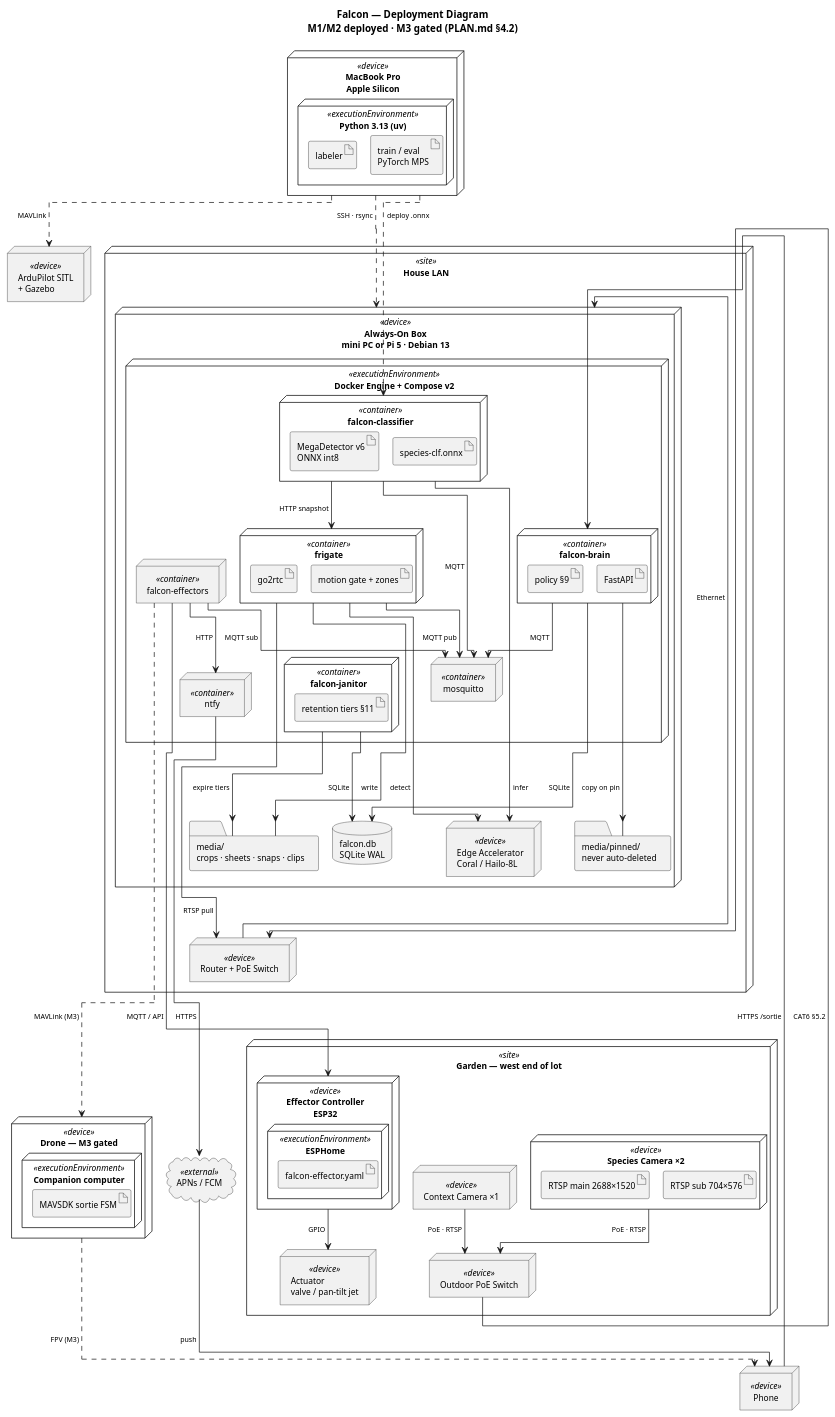
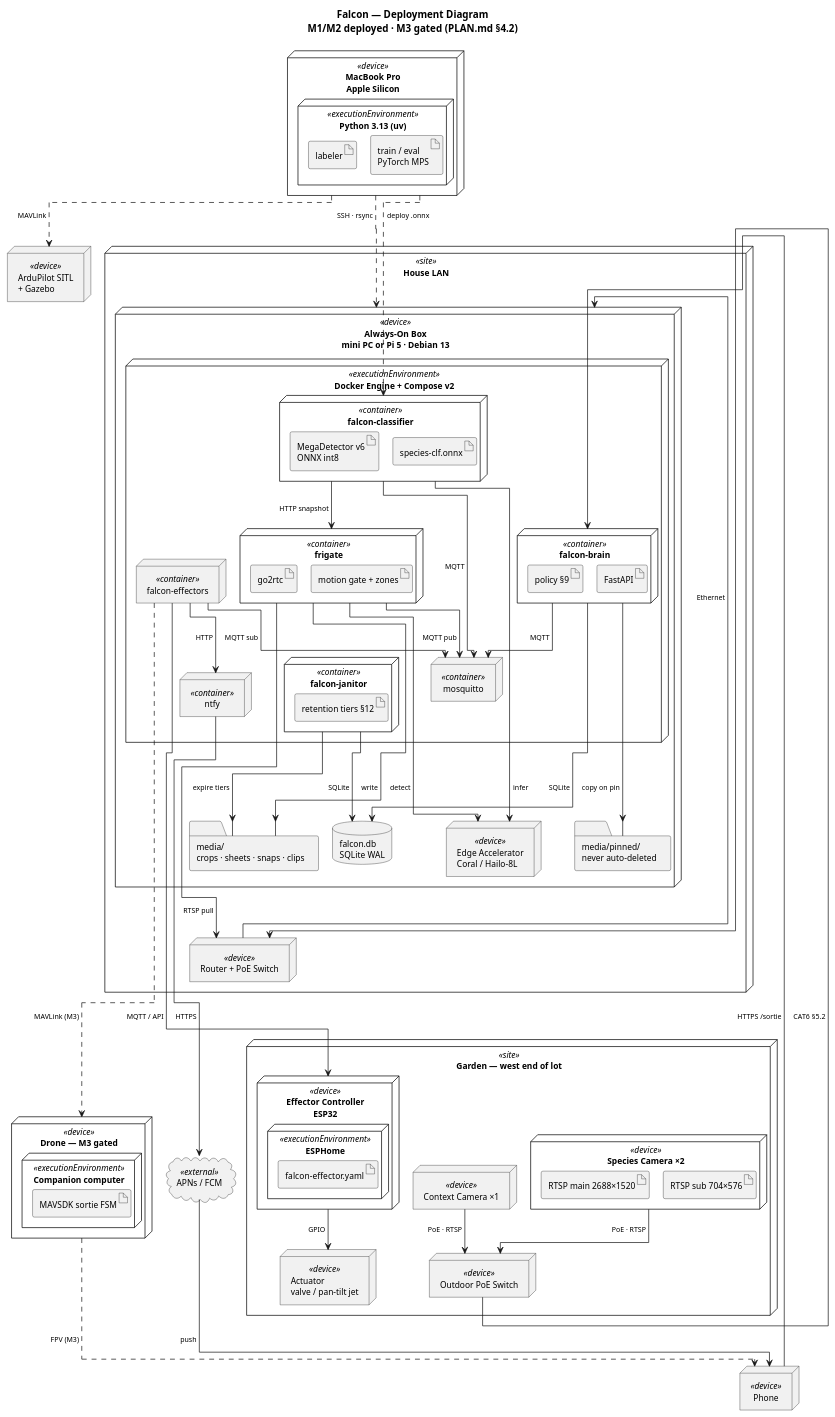
Before and after one commit to ronstarling9/falcon: the diagram in docs/deployment.puml, drawn with PlantUML. The commit also changed 6 other files, not shown here.

```diff
--- a/docs/deployment.puml
+++ b/docs/deployment.puml
@@ -1,120 +1,120 @@
 @startuml falcon-deployment
 ' Falcon — UML Deployment Diagram
 ' Canonical source. Render: plantuml -tsvg docs/deployment.puml
 ' Protocol/port detail lives in DEPLOYMENT.md; edge labels here stay terse
 ' so graphviz can lay the graph out legibly.
 
 title Falcon — Deployment Diagram\nM1/M2 deployed · M3 gated (PLAN.md §4.2)
 
 !pragma layout elk
 skinparam shadowing false
 skinparam nodesep 12
 skinparam ranksep 28
 skinparam defaultFontSize 12
 skinparam ArrowFontSize 10
 
 '=========================== GARDEN ===========================
 node "Garden — west end of lot" <<site>> {
   node "Species Camera ×2" <<device>> as CAM {
     artifact "RTSP main 2688×1520" as A_MAIN
     artifact "RTSP sub 704×576" as A_SUB
   }
   node "Context Camera ×1" <<device>> as CAMW
   node "Outdoor PoE Switch" <<device>> as SW_YARD
   node "Effector Controller\nESP32" <<device>> as ESP {
     node "ESPHome" <<executionEnvironment>> {
       artifact "falcon-effector.yaml" as A_ESP
     }
   }
   node "Actuator\nvalve / pan-tilt jet" <<device>> as ACT
 }
 
 '=========================== HOUSE LAN ===========================
 node "House LAN" <<site>> {
   node "Router + PoE Switch" <<device>> as SW_HOUSE
 
   node "Always-On Box\nmini PC or Pi 5 · Debian 13" <<device>> as BOX {
     node "Edge Accelerator\nCoral / Hailo-8L" <<device>> as TPU
     database "falcon.db\nSQLite WAL" as DB
     folder "media/\ncrops · sheets · snaps · clips" as MEDIA
     folder "media/pinned/\nnever auto-deleted" as PINNED
 
     node "Docker Engine + Compose v2" <<executionEnvironment>> as DOCKER {
       node "frigate" <<container>> as C_FRIGATE {
         artifact "go2rtc" as A_G2R
         artifact "motion gate + zones" as A_ZONE
       }
       node "mosquitto" <<container>> as C_MQTT
       node "falcon-classifier" <<container>> as C_CLS {
         artifact "MegaDetector v6\nONNX int8" as A_MD
         artifact "species-clf.onnx" as A_SPC
       }
       node "falcon-brain" <<container>> as C_BRAIN {
         artifact "policy §9" as A_POL
         artifact "FastAPI" as A_API
       }
       node "falcon-effectors" <<container>> as C_EFF
       node "falcon-janitor" <<container>> as C_JAN {
-        artifact "retention tiers §11" as A_JAN
+        artifact "retention tiers §12" as A_JAN
       }
       node "ntfy" <<container>> as C_NTFY
     }
   }
 }
 
 '=========================== OFF-LAN ===========================
 node "MacBook Pro\nApple Silicon" <<device>> as MAC {
   node "Python 3.13 (uv)" <<executionEnvironment>> {
     artifact "labeler" as A_LBL
     artifact "train / eval\nPyTorch MPS" as A_TRAIN
   }
 }
 node "Phone" <<device>> as PHONE
 cloud "APNs / FCM" <<external>> as PUSH
 
 '=========================== M3 (GATED) ===========================
 node "Drone — M3 gated" <<device>> as DRONE {
   node "Companion computer" <<executionEnvironment>> {
     artifact "MAVSDK sortie FSM" as A_SORTIE
   }
 }
 node "ArduPilot SITL\n+ Gazebo" <<device>> as SITL
 
 '=========================== PATHS ===========================
 CAM     --> SW_YARD  : "PoE · RTSP"
 CAMW    --> SW_YARD  : "PoE · RTSP"
 SW_YARD --> SW_HOUSE : "CAT6 §5.2"
 SW_HOUSE --> BOX     : "Ethernet"
 
 C_FRIGATE --> SW_HOUSE : "RTSP pull"
 C_FRIGATE --> TPU      : "detect"
 C_FRIGATE --> C_MQTT   : "MQTT pub"
 C_FRIGATE --> MEDIA    : "write"
 
 C_CLS --> C_MQTT    : "MQTT"
 C_CLS --> C_FRIGATE : "HTTP snapshot"
 C_CLS --> TPU       : "infer"
 
 C_BRAIN --> C_MQTT : "MQTT"
 C_BRAIN --> DB     : "SQLite"
 C_BRAIN --> PINNED : "copy on pin"
 C_JAN   --> MEDIA  : "expire tiers"
 C_JAN   --> DB     : "SQLite"
 
 C_EFF --> C_MQTT : "MQTT sub"
 C_EFF --> ESP    : "MQTT / API"
 C_EFF --> C_NTFY : "HTTP"
 ESP   --> ACT    : "GPIO"
 
 C_NTFY --> PUSH    : "HTTPS"
 PUSH   --> PHONE   : "push"
 PHONE  --> C_BRAIN : "HTTPS /sortie"
 
 MAC ..> BOX   : "SSH · rsync"
 MAC ..> C_CLS : "deploy .onnx"
 MAC ..> SITL  : "MAVLink"
 
 C_EFF ..> DRONE : "MAVLink (M3)"
 DRONE ..> PHONE : "FPV (M3)"
 
 @enduml
```
